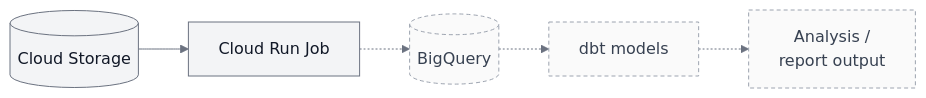
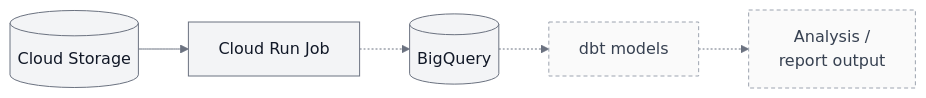
The diagram in docs/architecture.md (mifuha/runwx), drawn with Mermaid before and after one commit. The commit also changed other lines of this file and 4 other files, not shown here.

````diff
--- a/docs/architecture.md
+++ b/docs/architecture.md
@@ -26,13 +27,13 @@
 ```mermaid
 flowchart LR
     storage[("Cloud Storage")] --> job["Cloud Run Job"]
     job -.-> warehouse[("BigQuery")]
     warehouse -.-> models["dbt models"]
     models -.-> output["Analysis /<br/>report output"]
 
     classDef current fill:#f3f4f6,stroke:#6b7280,color:#111827
     classDef planned fill:#fafafa,stroke:#9ca3af,color:#374151,stroke-dasharray:4 3
-    class storage,job current
-    class warehouse,models,output planned
+    class storage,job,warehouse current
+    class models,output planned
     linkStyle default stroke:#6b7280
 ```
````
